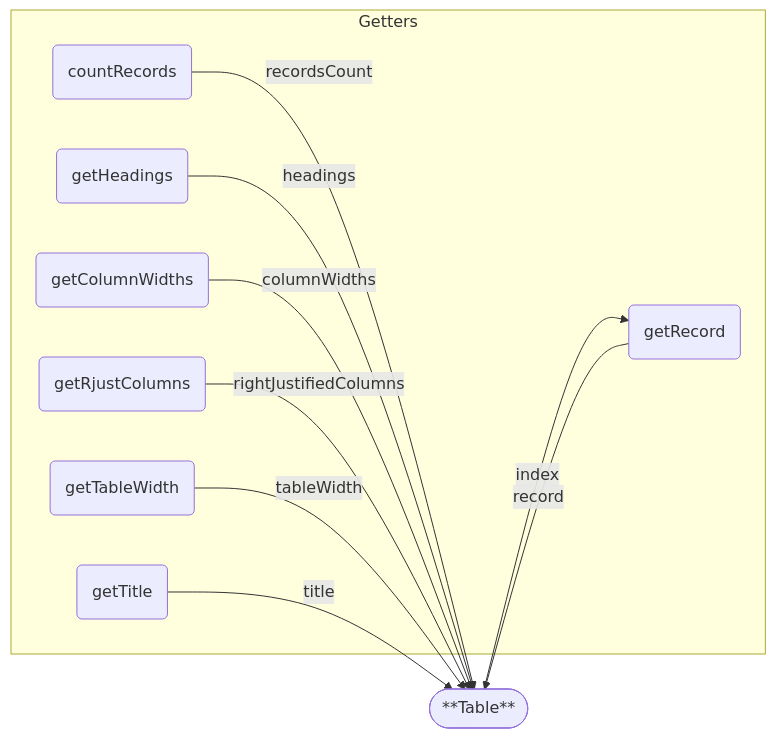
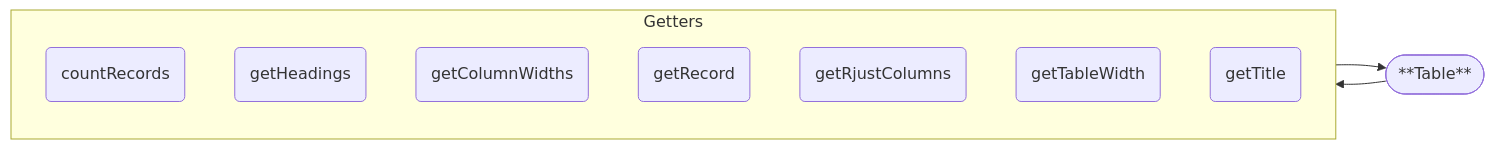
Diagram 20 of 20 in scripts/table/design.md (7s4e/p3), drawn with Mermaid before and after one commit. The commit also changed other lines of this file, not shown here.

Commit message:
complete Table design

````diff
--- a/scripts/table/design.md
+++ b/scripts/table/design.md
@@ -575,21 +617,15 @@
 ```mermaid
 graph LR
     TABL([**Table**])
-        TABL -- index                 --> GRCD
-        GRCD -- record                --> TABL
-        CRCD -- recordsCount          --> TABL
-        GHDG -- headings              --> TABL
-        GCLW -- columnWidths          --> TABL
-        GRJC -- rightJustifiedColumns --> TABL
-        GTBW -- tableWidth            --> TABL
-        GTTL -- title                 --> TABL
+        TABL --> g
+        g    --> TABL
     subgraph g [Getters]
         CRCD(countRecords)
         GHDG(getHeadings)
         GCLW(getColumnWidths)
         GRCD(getRecord)
         GRJC(getRjustColumns)
         GTBW(getTableWidth)
         GTTL(getTitle)
     end
 ```
````
